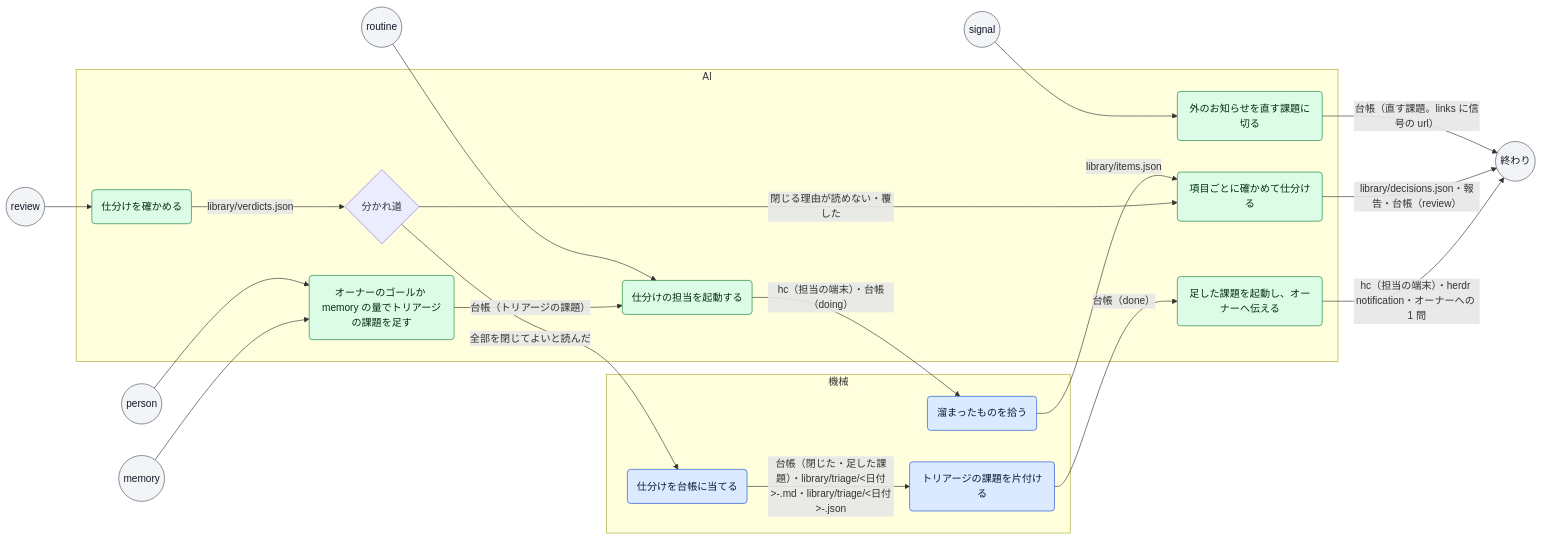
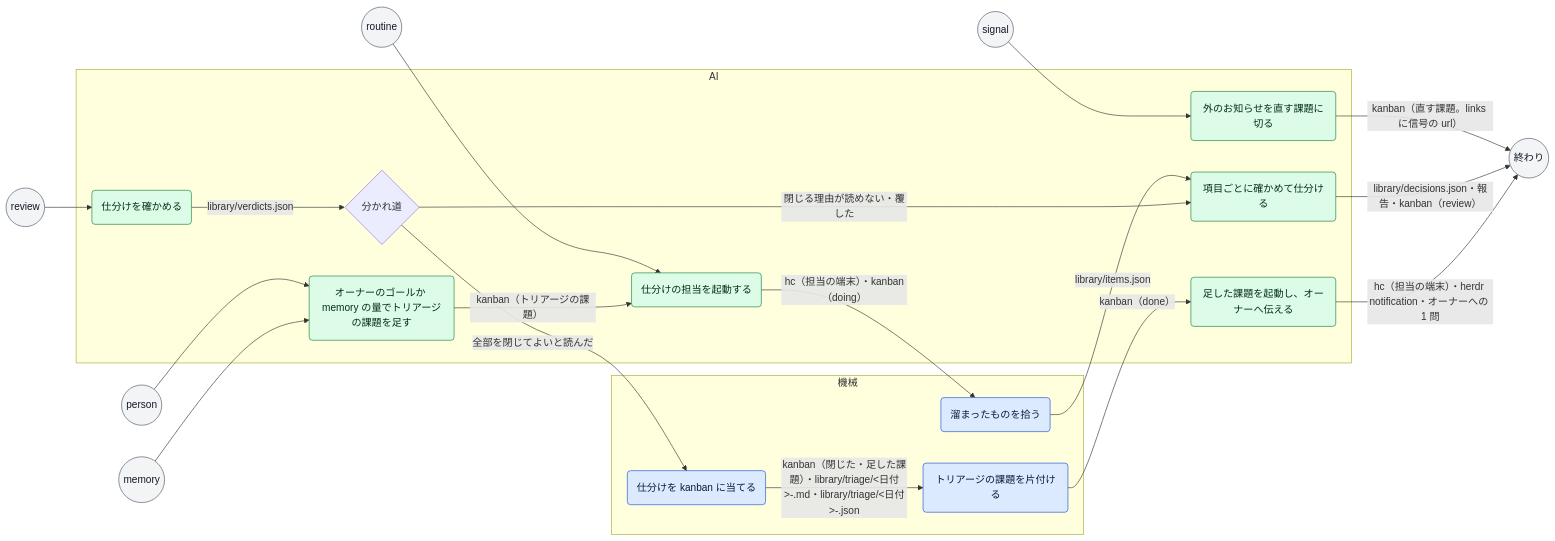
The diagram in docs/process/triage.md (mitaku/andon), drawn with Mermaid before and after one commit. The commit also changed other lines of this file and 46 other files, not shown here.

````diff
--- a/docs/process/triage.md
+++ b/docs/process/triage.md
@@ -19,43 +19,43 @@
 ```mermaid
 flowchart LR
   classDef machine fill:#dbeafe,stroke:#1d4ed8,color:#0b1b3a
   classDef ai fill:#dcfce7,stroke:#15803d,color:#052e16
   classDef person fill:#fef3c7,stroke:#b45309,color:#3b1d02
   classDef event fill:#f3f4f6,stroke:#4b5563,color:#111827
   t_routine(("routine")):::event
   t_person(("person")):::event
   t_signal(("signal")):::event
   t_memory(("memory")):::event
   t_review(("review")):::event
   subgraph lane_machine["機械"]
     s_collect("溜まったものを拾う"):::machine
-    s_apply("仕分けを台帳に当てる"):::machine
+    s_apply("仕分けを kanban に当てる"):::machine
     s_finish("トリアージの課題を片付ける"):::machine
   end
   subgraph lane_ai["AI"]
     s_signal("外のお知らせを直す課題に切る"):::ai
     s_add("オーナーのゴールか memory の量でトリアージの課題を足す"):::ai
     s_start("仕分けの担当を起動する"):::ai
     s_sort("項目ごとに確かめて仕分ける"):::ai
     s_check("仕分けを確かめる"):::ai
     g_check{"分かれ道"}
     s_follow("足した課題を起動し、オーナーへ伝える"):::ai
   end
   t_routine --> s_start
   t_person --> s_add
   t_signal --> s_signal
   t_memory --> s_add
   t_review --> s_check
-  s_signal -->|"台帳（直す課題。links に信号の url）"| fin
-  s_add -->|"台帳（トリアージの課題）"| s_start
-  s_start -->|"hc（担当の端末）・台帳（doing）"| s_collect
+  s_signal -->|"kanban（直す課題。links に信号の url）"| fin
+  s_add -->|"kanban（トリアージの課題）"| s_start
+  s_start -->|"hc（担当の端末）・kanban（doing）"| s_collect
   s_collect -->|"library/items.json"| s_sort
-  s_sort -->|"library/decisions.json・報告・台帳（review）"| fin
+  s_sort -->|"library/decisions.json・報告・kanban（review）"| fin
   s_check -->|"library/verdicts.json"| g_check
   g_check -->|"閉じる理由が読めない・覆した"| s_sort
   g_check -->|"全部を閉じてよいと読んだ"| s_apply
-  s_apply -->|"台帳（閉じた・足した課題）・library/triage/<日付>-<id>.md・library/triage/<日付>-<id>.json"| s_finish
-  s_finish -->|"台帳（done）"| s_follow
+  s_apply -->|"kanban（閉じた・足した課題）・library/triage/<日付>-<id>.md・library/triage/<日付>-<id>.json"| s_finish
+  s_finish -->|"kanban（done）"| s_follow
   s_follow -->|"hc（担当の端末）・herdr notification・オーナーへの 1 問"| fin
   fin(("終わり")):::event
 ```
````
